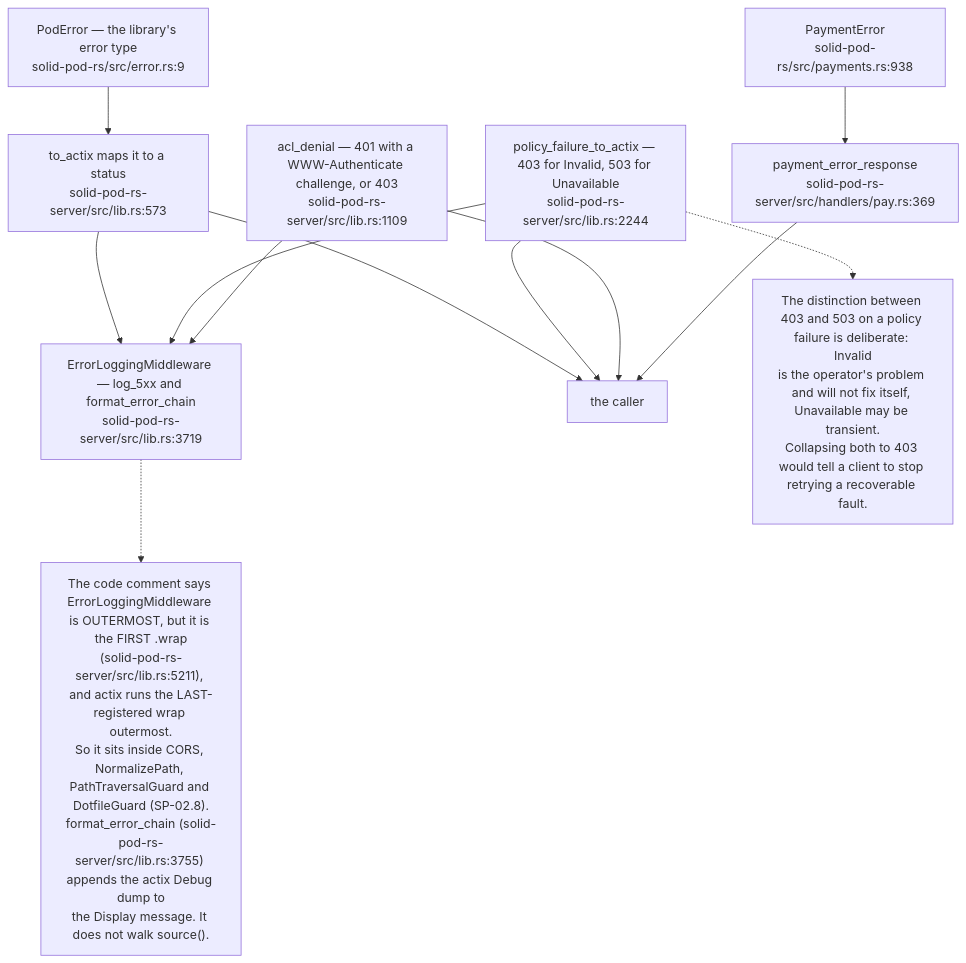
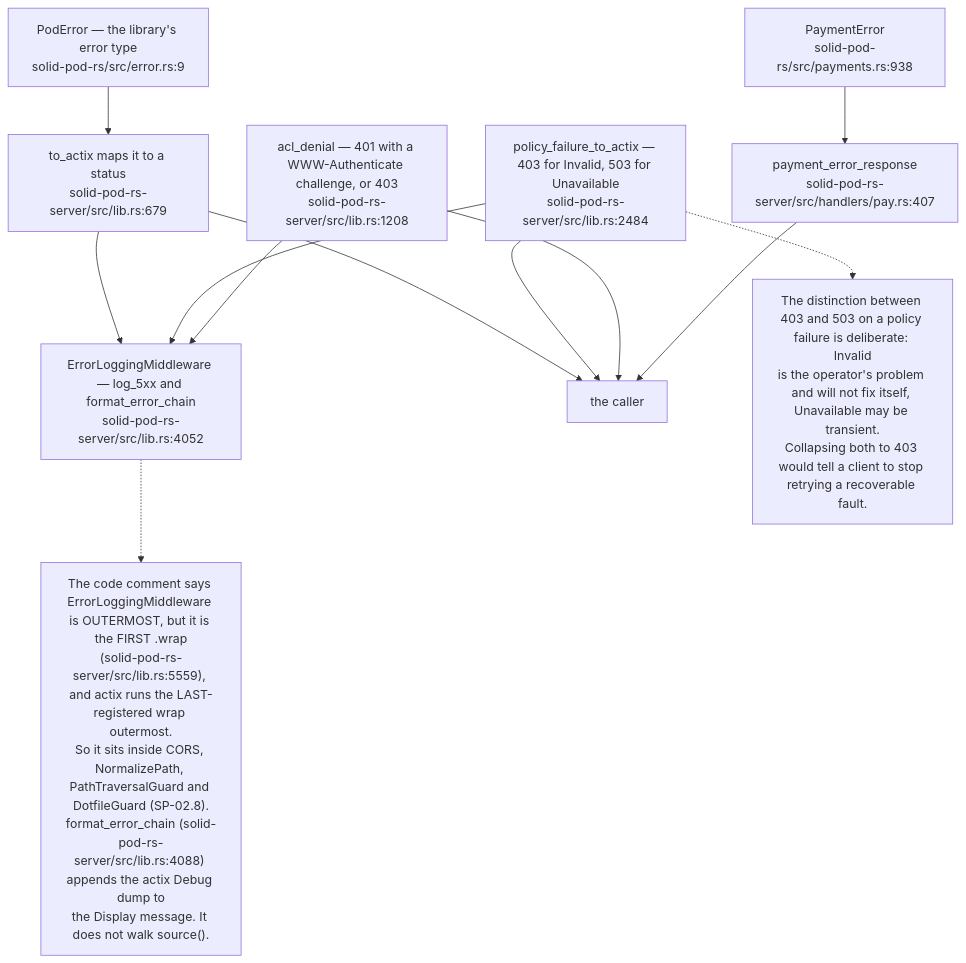
The ninth of 12 diagrams in docs/diagrams/solid-pod-rs/10-failure-modes-and-invariants.md (DreamLab-AI/VisionFlow), drawn with Mermaid before and after one commit. The commit also changed other lines of this file and 59 other files, not shown here.

First line of the commit message:
docs(diagrams): re-derive and re-stamp forum, website, pod, ontomark and sealmap topics

````diff
--- a/docs/diagrams/solid-pod-rs/10-failure-modes-and-invariants.md
+++ b/docs/diagrams/solid-pod-rs/10-failure-modes-and-invariants.md
@@ -273,24 +273,24 @@
 ```mermaid
 flowchart TD
     POD["PodError — the library's error type<br/>solid-pod-rs/src/error.rs:9"]
-    TA["to_actix maps it to a status<br/>solid-pod-rs-server/src/lib.rs:573"]
-    PF["policy_failure_to_actix — 403 for Invalid, 503 for Unavailable<br/>solid-pod-rs-server/src/lib.rs:2244"]
-    AD["acl_denial — 401 with a WWW-Authenticate challenge, or 403<br/>solid-pod-rs-server/src/lib.rs:1109"]
+    TA["to_actix maps it to a status<br/>solid-pod-rs-server/src/lib.rs:679"]
+    PF["policy_failure_to_actix — 403 for Invalid, 503 for Unavailable<br/>solid-pod-rs-server/src/lib.rs:2484"]
+    AD["acl_denial — 401 with a WWW-Authenticate challenge, or 403<br/>solid-pod-rs-server/src/lib.rs:1208"]
     PE["PaymentError<br/>solid-pod-rs/src/payments.rs:938"]
-    PR["payment_error_response<br/>solid-pod-rs-server/src/handlers/pay.rs:369"]
-    LOG["ErrorLoggingMiddleware — log_5xx and format_error_chain<br/>solid-pod-rs-server/src/lib.rs:3719"]
+    PR["payment_error_response<br/>solid-pod-rs-server/src/handlers/pay.rs:407"]
+    LOG["ErrorLoggingMiddleware — log_5xx and format_error_chain<br/>solid-pod-rs-server/src/lib.rs:4052"]
     C["the caller"]
 
     POD --> TA --> C
     PF --> C
     AD --> C
     PE --> PR --> C
     TA --> LOG
     PF --> LOG
     AD --> LOG
 
     N["The distinction between 403 and 503 on a policy failure is deliberate: Invalid<br/>is the operator's problem and will not fix itself, Unavailable may be transient.<br/>Collapsing both to 403 would tell a client to stop retrying a recoverable fault."]
     PF -.-> N
-    N2["The code comment says ErrorLoggingMiddleware is OUTERMOST, but it is the FIRST .wrap<br/>(solid-pod-rs-server/src/lib.rs:5211), and actix runs the LAST-registered wrap outermost.<br/>So it sits inside CORS, NormalizePath, PathTraversalGuard and DotfileGuard (SP-02.8).<br/>format_error_chain (solid-pod-rs-server/src/lib.rs:3755) appends the actix Debug dump to<br/>the Display message. It does not walk source()."]
+    N2["The code comment says ErrorLoggingMiddleware is OUTERMOST, but it is the FIRST .wrap<br/>(solid-pod-rs-server/src/lib.rs:5559), and actix runs the LAST-registered wrap outermost.<br/>So it sits inside CORS, NormalizePath, PathTraversalGuard and DotfileGuard (SP-02.8).<br/>format_error_chain (solid-pod-rs-server/src/lib.rs:4088) appends the actix Debug dump to<br/>the Display message. It does not walk source()."]
     LOG -.-> N2
 ```
````
